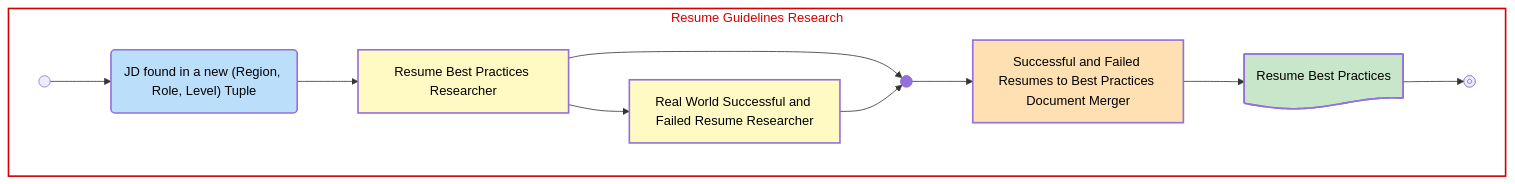
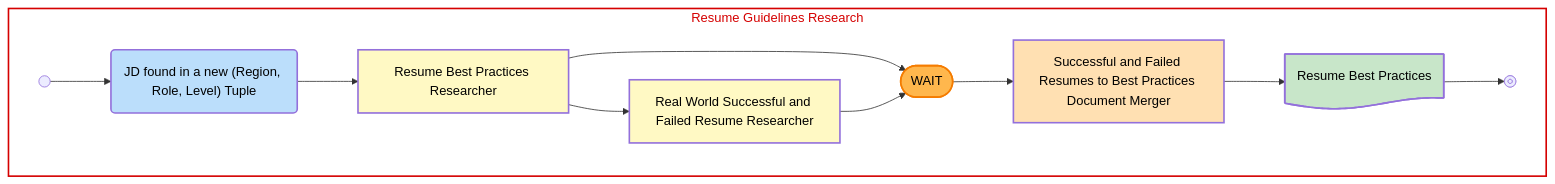
The diagram in 02.2.BestPracticesResearch.Resume.mmd (jaodsilv/ats-research), drawn with Mermaid before and after one commit. The commit also changed 3 other files, not shown here.

First line of the commit message:
feat: update diagrams with version management and wait states

```diff
--- a/02.2.BestPracticesResearch.Resume.mmd
+++ b/02.2.BestPracticesResearch.Resume.mmd
@@ -1,37 +1,39 @@
 flowchart TD
  subgraph s1["Resume Guidelines Research"]
         Start["Start"]
         E1["JD found in a new (Region, Role, Level) Tuple"]
         R1["Resume Best Practices Researcher<br>"]
         R2["Real World Successful and Failed Resume Researcher"]
-        J1["JUNCTION"]
+        W1["WAIT"]
         A1["Successful and Failed Resumes to Best Practices Document Merger"]
         OUT1["Resume Best Practices"]
         STOP["Stop"]
-        
+
         %% Internal relationships within s1
         Start --> E1
         E1 --> R1
-        R1 --> R2 & J1
-        R2 --> J1
-        J1 --> A1
+        R1 --> R2 & W1
+        R2 --> W1
+        W1 --> A1
         A1 --> OUT1
         OUT1 --> STOP
         Start@{ shape: start}
         E1@{ shape: event}
-        J1@{ shape: junction}
+        W1@{ shape: stadium}
         OUT1@{ shape: doc}
         STOP@{ shape: stop}
         R1:::RESEARCH
         R2:::RESEARCH
         A1:::AGENT
         OUT1:::OUTPUT
         E1:::EVENT
+        W1:::WAIT
   end
 
      s1:::ORCHESTRA
     classDef ORCHESTRA stroke-width:2px, stroke-dasharray:none, stroke:#D50000,fill:transparent, color:#D50000
     classDef EVENT stroke-width:2px, stroke-dasharray:none, fill:#BBDEFB, color:#000000
     classDef RESEARCH stroke-width:2px, stroke-dasharray:none, fill:#FFF9C4, color:#000000
     classDef AGENT stroke-width:2px, stroke-dasharray:none, fill:#FFE0B2, color:#000000
     classDef OUTPUT stroke-width:2px, stroke-dasharray:none, fill:#C8E6C9, color:#000000
+    classDef WAIT stroke-width:2px, stroke-dasharray:none, fill:#FFB74D, stroke:#F57C00, color:#000000
```
